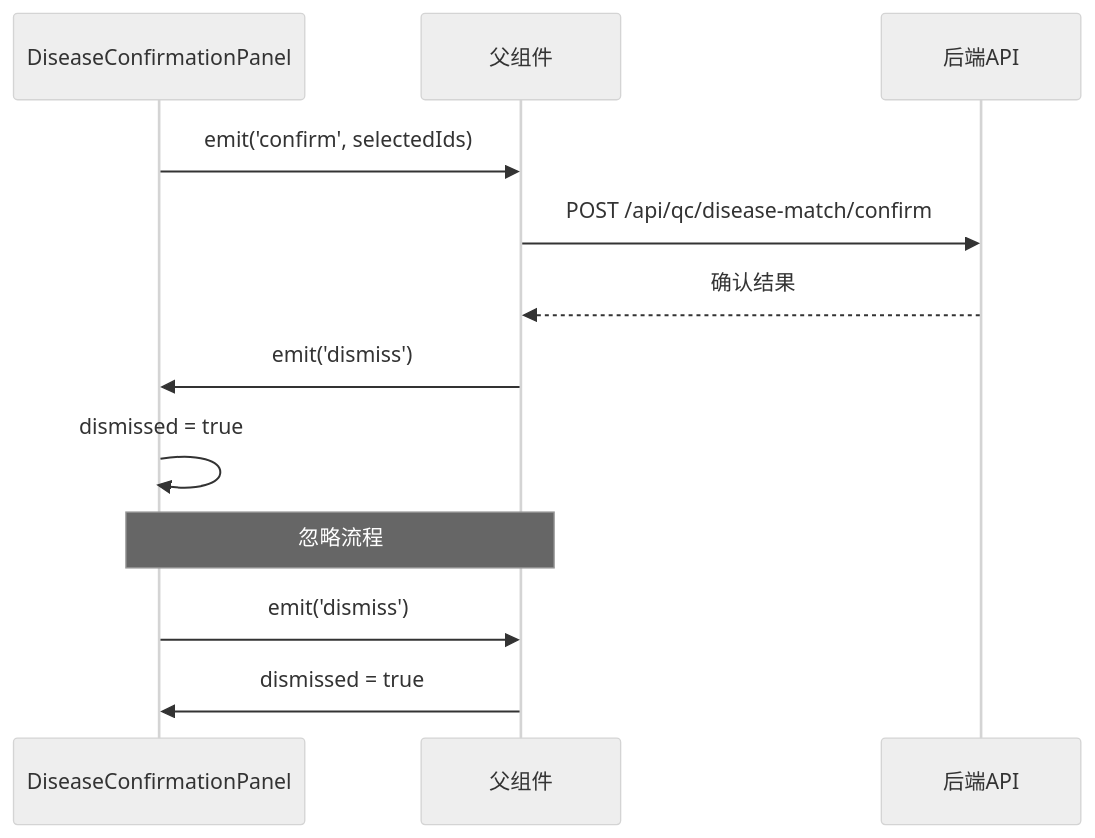
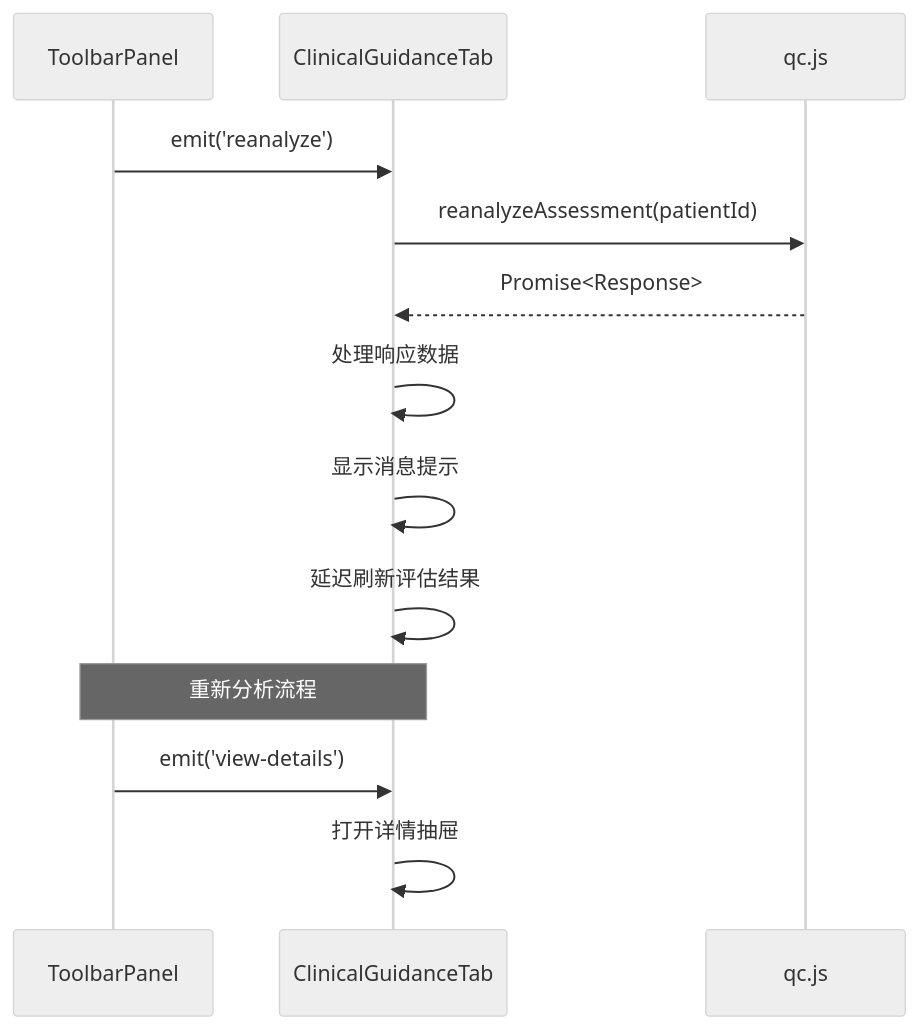
Diagram 13 of 15 in .qoder/repowiki/zh/content/核心功能模块/质量控制系统.md (liuzh2008/med_ai_assistant_workspace), drawn with Mermaid (neutral theme) before and after one commit. The commit also changed other lines of this file and 5 other files, not shown here.

````diff
--- a/.qoder/repowiki/zh/content/核心功能模块/质量控制系统.md
+++ b/.qoder/repowiki/zh/content/核心功能模块/质量控制系统.md
@@ -437,14 +611,15 @@
 ```mermaid
 sequenceDiagram
-participant Panel as DiseaseConfirmationPanel
-participant Parent as 父组件
-participant API as 后端API
-Panel->>Parent : emit('confirm', selectedIds)
-Parent->>API : POST /api/qc/disease-match/confirm
-API-->>Parent : 确认结果
-Parent->>Panel : emit('dismiss')
-Panel->>Panel : dismissed = true
-Note over Panel,Parent : 忽略流程
-Panel->>Parent : emit('dismiss')
-Parent->>Panel : dismissed = true
+participant Panel as ToolbarPanel
+participant Parent as ClinicalGuidanceTab
+participant API as qc.js
+Panel->>Parent : emit('reanalyze')
+Parent->>API : reanalyzeAssessment(patientId)
+API-->>Parent : Promise<Response>
+Parent->>Parent : 处理响应数据
+Parent->>Parent : 显示消息提示
+Parent->>Parent : 延迟刷新评估结果
+Note over Panel,Parent : 重新分析流程
+Panel->>Parent : emit('view-details')
+Parent->>Parent : 打开详情抽屉
 ```
````
